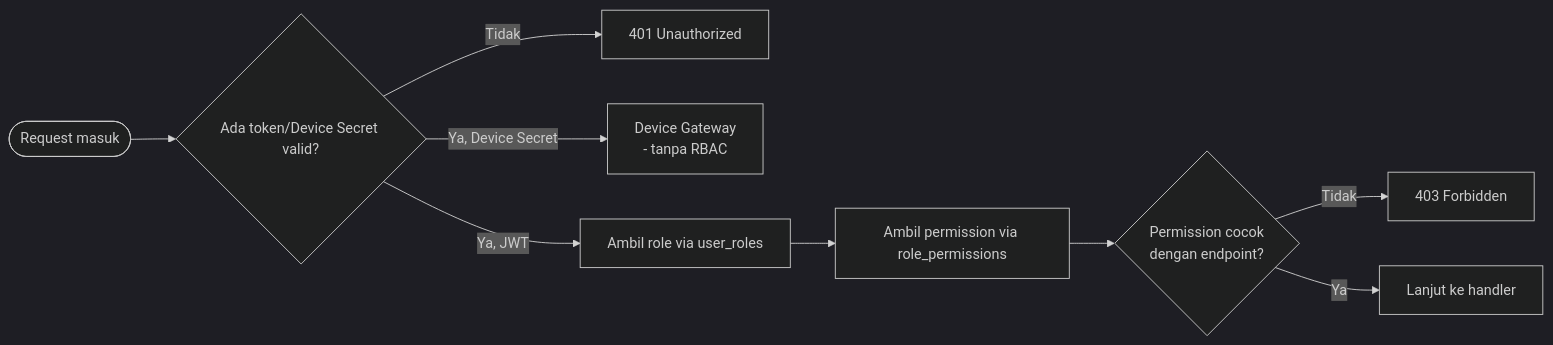
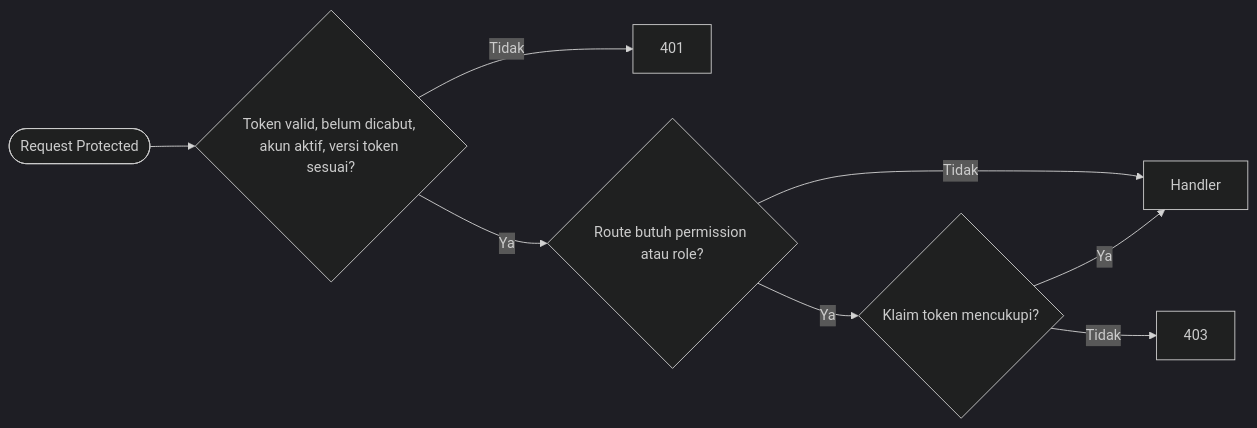
One commit to Vextronode/sigap_app changed the diagram in docs/architecture/04_security_architecture.md. Above: the diagram before and after it, drawn with Mermaid (dark theme). The commit also changed other lines of this file and 251 other files, not shown here.

````diff
--- a/docs/architecture/04_security_architecture.md
+++ b/docs/architecture/04_security_architecture.md
@@ -23,13 +16,10 @@
 ```mermaid
 flowchart LR
-    Req([Request masuk]) --> CheckAuth{Ada token/Device Secret valid?}
-    CheckAuth -- Tidak --> Reject401[401 Unauthorized]
-    CheckAuth -- Ya, Device Secret --> DeviceFlow[Device Gateway
-    - tanpa RBAC]
-    CheckAuth -- Ya, JWT --> ResolveRole[Ambil role via user_roles]
-    ResolveRole --> ResolvePerm[Ambil permission via role_permissions]
-    ResolvePerm --> CheckPerm{Permission cocok
-    dengan endpoint?}
-    CheckPerm -- Tidak --> Reject403[403 Forbidden]
-    CheckPerm -- Ya --> Allow[Lanjut ke handler]
+    Req([Request Protected]) --> Token{Token valid, belum dicabut, akun aktif, versi token sesuai?}
+    Token -- Tidak --> R401[401]
+    Token -- Ya --> Need{Route butuh permission atau role?}
+    Need -- Tidak --> Allow[Handler]
+    Need -- Ya --> Claim{Klaim token mencukupi?}
+    Claim -- Tidak --> R403[403]
+    Claim -- Ya --> Allow
 ```
````
